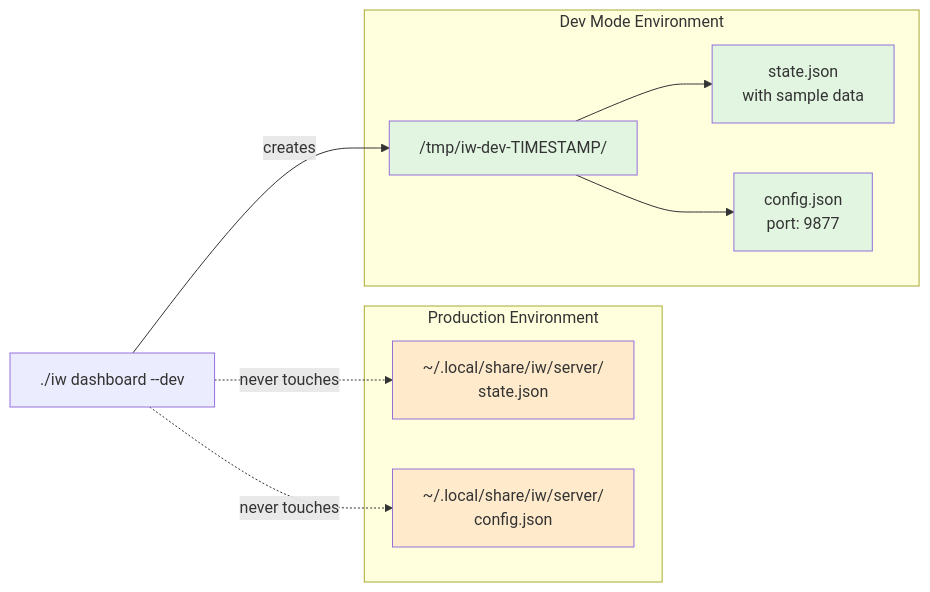
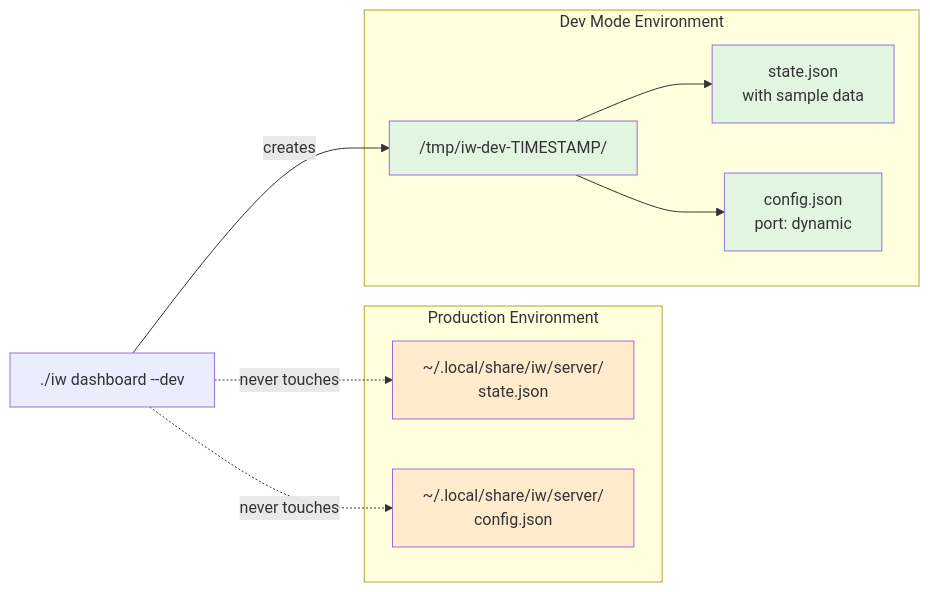
One commit to iterative-works/iw-cli changed the second of 2 diagrams in project-management/issues/IW-82/review-packet-phase-05.md. Above: the diagram before and after it, drawn with Mermaid. The commit also changed 1 other file, not shown here.

Commit message:
fix(IW-82): Use dynamic port allocation for dev mode
- Added findAvailablePort() to get OS-assigned available port
- Dev mode now uses dynamic port instead of fixed 9877
- Enables parallel test runs in CI without port conflicts
- Port is displayed in dev mode output for user convenience

````diff
--- a/project-management/issues/IW-82/review-packet-phase-05.md
+++ b/project-management/issues/IW-82/review-packet-phase-05.md
@@ -114,26 +114,26 @@
 ```mermaid
 flowchart LR
     subgraph prod["Production Environment"]
         PS[~/.local/share/iw/server/<br/>state.json]
         PC[~/.local/share/iw/server/<br/>config.json]
     end
 
     subgraph dev["Dev Mode Environment"]
         DT["/tmp/iw-dev-TIMESTAMP/"]
         DS[state.json<br/>with sample data]
-        DC[config.json<br/>port: 9877]
+        DC[config.json<br/>port: dynamic]
         DT --> DS
         DT --> DC
     end
 
     CMD[./iw dashboard --dev]
     CMD -->|creates| DT
     CMD -.->|never touches| PS
     CMD -.->|never touches| PC
 
     style PS fill:#ffebcc
     style PC fill:#ffebcc
     style DS fill:#e1f5e1
     style DC fill:#e1f5e1
     style DT fill:#e1f5e1
 ```
````
